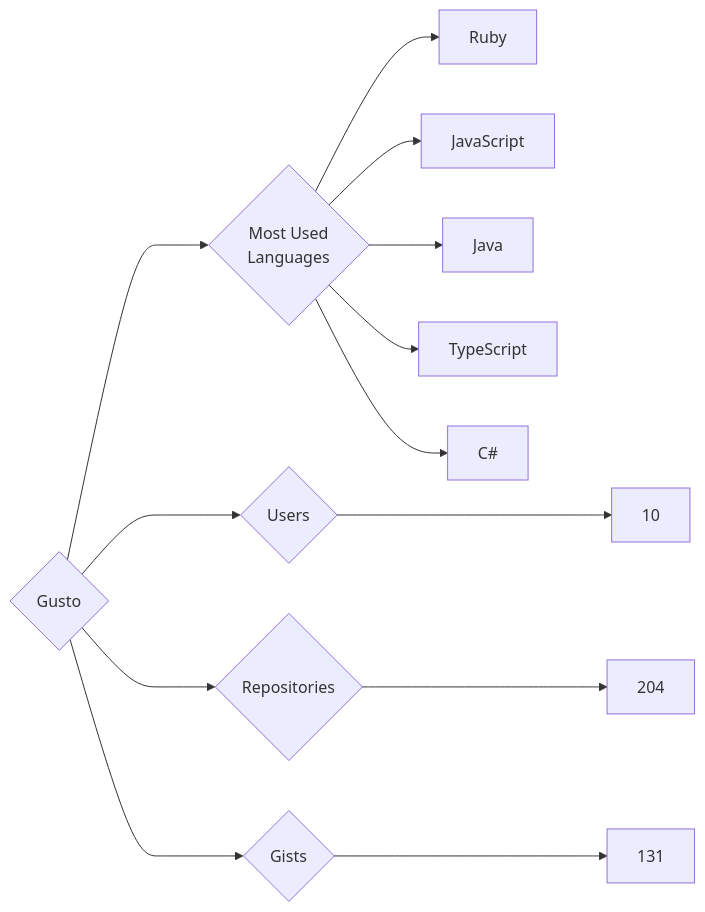
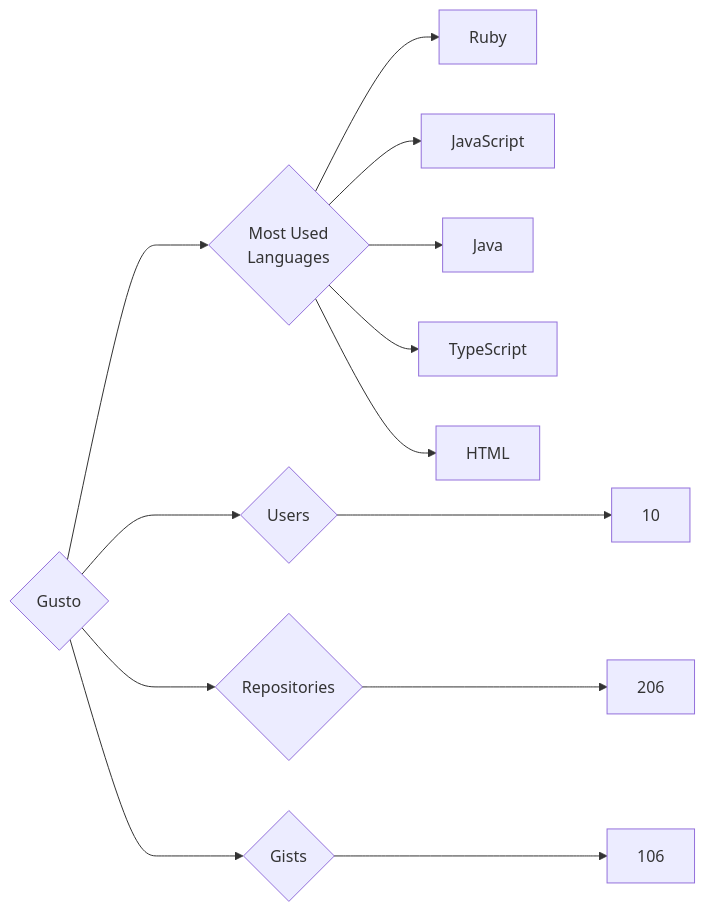
One commit to trickest/insiders changed the diagram in targets/Gusto/README.md. Above: the diagram before and after it, drawn with Mermaid. The commit also changed 777 other files, not shown here.

````diff
--- a/targets/Gusto/README.md
+++ b/targets/Gusto/README.md
@@ -3,13 +3,13 @@
 ```mermaid
 graph LR
 COMPANY_NAME{Gusto}
 COMPANY_NAME ---> U{Users} ---> UN[10]
-COMPANY_NAME ---> R{Repositories} ---> RN[204]
-COMPANY_NAME ---> G{Gists} ---> GN[131]
+COMPANY_NAME ---> R{Repositories} ---> RN[206]
+COMPANY_NAME ---> G{Gists} ---> GN[106]
 COMPANY_NAME ---> ML{Most Used<br>Languages}
 ML --> Ruby[Ruby]
 ML --> JavaScript[JavaScript]
 ML --> Java[Java]
 ML --> TypeScript[TypeScript]
-ML --> C#[C#]
+ML --> HTML[HTML]
 ```
````
